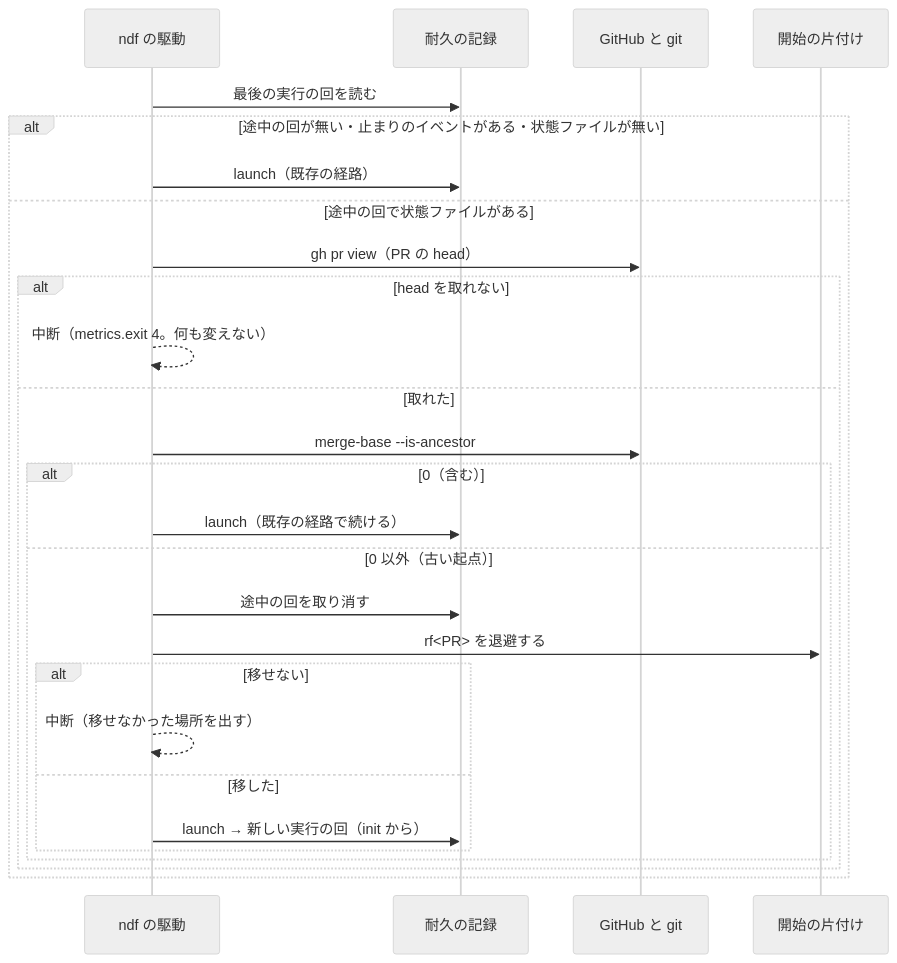
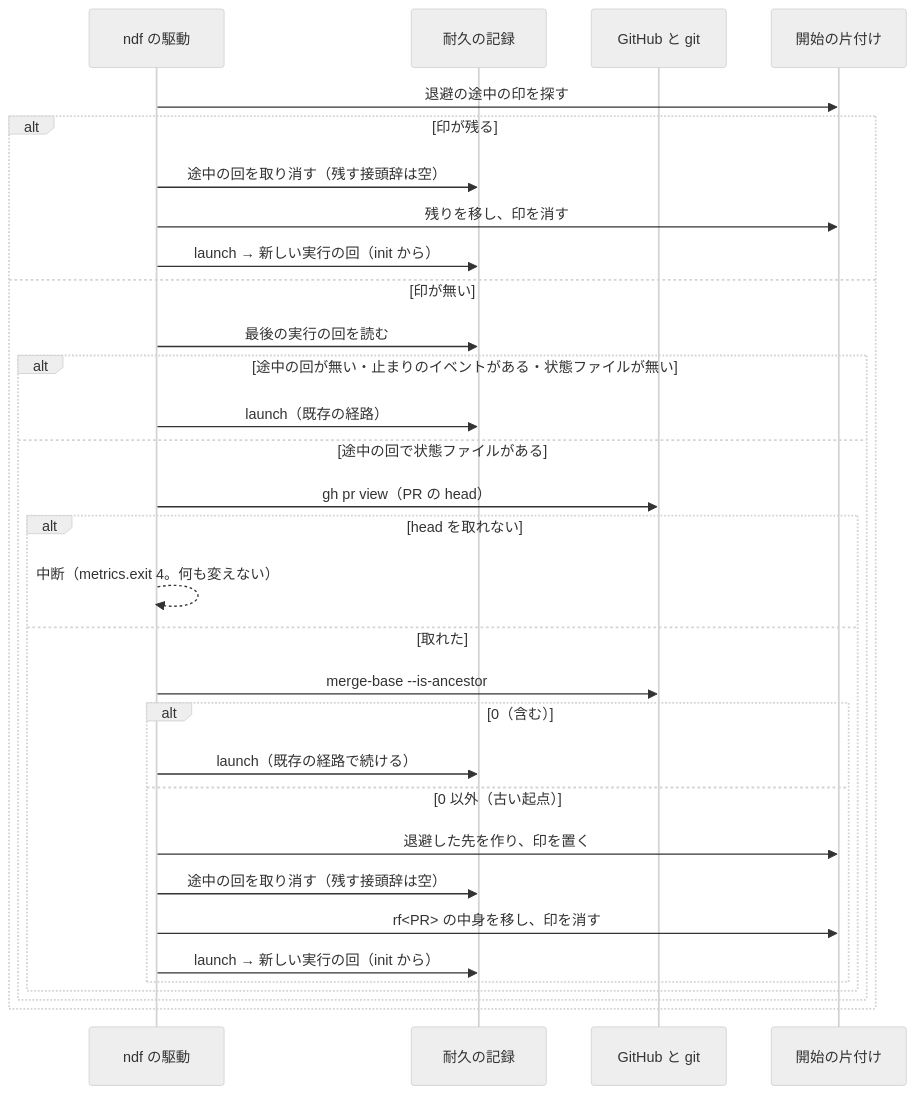
Before and after one commit to devbasex/ai-plugins: the second of 3 diagrams in issues/issue-3483-design.md, drawn with Mermaid (neutral theme). The commit also changed other lines of this file, not shown here.

````diff
--- a/issues/issue-3483-design.md
+++ b/issues/issue-3483-design.md
@@ -178,29 +187,33 @@
 ```mermaid
 sequenceDiagram
     participant D as ndf の駆動
     participant R as 耐久の記録
     participant G as GitHub と git
     participant S as 開始の片付け
-    D->>R: 最後の実行の回を読む
-    alt 途中の回が無い・止まりのイベントがある・状態ファイルが無い
-        D->>R: launch（既存の経路）
-    else 途中の回で状態ファイルがある
-        D->>G: gh pr view（PR の head）
-        alt head を取れない
-            D-->>D: 中断（metrics.exit 4。何も変えない）
-        else 取れた
-            D->>G: merge-base --is-ancestor
-            alt 0（含む）
-                D->>R: launch（既存の経路で続ける）
-            else 0 以外（古い起点）
-                D->>R: 途中の回を取り消す
-                D->>S: rf<PR> を退避する
-                alt 移せない
-                    D-->>D: 中断（移せなかった場所を出す）
-                else 移した
+    D->>S: 退避の途中の印を探す
+    alt 印が残る
+        D->>R: 途中の回を取り消す（残す接頭辞は空）
+        D->>S: 残りを移し、印を消す
+        D->>R: launch → 新しい実行の回（init から）
+    else 印が無い
+        D->>R: 最後の実行の回を読む
+        alt 途中の回が無い・止まりのイベントがある・状態ファイルが無い
+            D->>R: launch（既存の経路）
+        else 途中の回で状態ファイルがある
+            D->>G: gh pr view（PR の head）
+            alt head を取れない
+                D-->>D: 中断（metrics.exit 4。何も変えない）
+            else 取れた
+                D->>G: merge-base --is-ancestor
+                alt 0（含む）
+                    D->>R: launch（既存の経路で続ける）
+                else 0 以外（古い起点）
+                    D->>S: 退避した先を作り、印を置く
+                    D->>R: 途中の回を取り消す（残す接頭辞は空）
+                    D->>S: rf<PR> の中身を移し、印を消す
                     D->>R: launch → 新しい実行の回（init から）
                 end
             end
         end
     end
 ```
````
